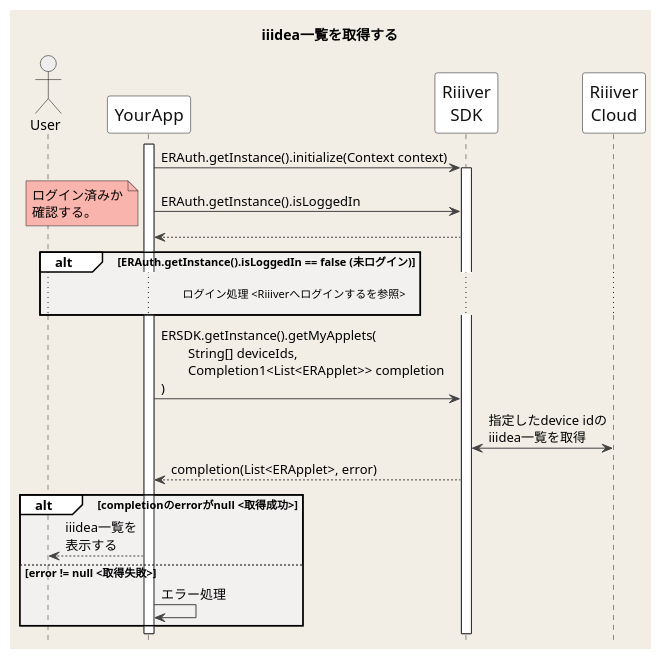
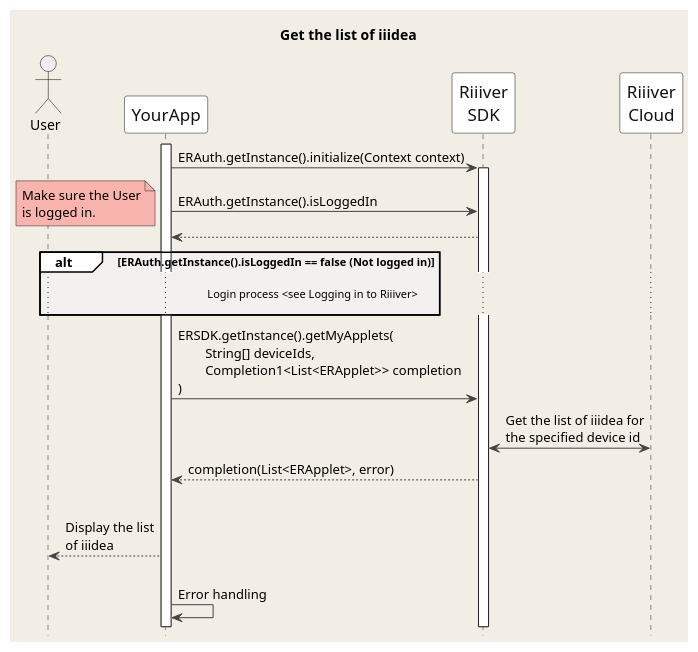
Before and after one commit to CitizenWatch/RiiiverResources: the diagram in images/Android/en/Sequences/getIiideaList.pu, drawn with PlantUML. The commit also changed 7 other files, not shown here.

Commit message:
Added English Sequence figures

```diff
--- a/images/Android/en/Sequences/getIiideaList.pu
+++ b/images/Android/en/Sequences/getIiideaList.pu
@@ -1,58 +1,57 @@
 @startuml
-title iiidea一覧を取得する
+title Get the list of iiidea
 hide footbox
 
 skinparam DefaultFontName "Noto Sans JP, Helvetica, Arial, Liberation Sans"
 skinparam BackgroundColor #F2EEE6
 skinparam Shadowing false
 skinparam NoteBackgroundColor #F9B5AD
 skinparam NodeBorderColor #F26767
 
 skinparam sequence {
 ArrowColor #444444
 ActorBorderColor Black
 LifeLineBorderColor #222222
 LifeLineBackgroundColor White
 BoxBorderColor #FFFFFF
 BoxBackgroundColor #F2fEf6
 GroupBackgroundColor #FFFFFF
 GroupBodyBackgroundColor #F3F0F0
 
 ParticipantBorderColor #111111
 ParticipantBackgroundColor White
 ParticipantFontSize 17
 ParticipantFontColor #111111
 BoundaryBorderColor Gray
 ActorBackgroundColor #eeeeee
 ActorFontColor Black
 
 }
 
 actor User
 participant YourApp as App
 participant "Riiiver\nSDK" as ERSDK
 participant "Riiiver\nCloud" as Riiiver
 
 activate App
 
 App -> ERSDK: ERAuth.getInstance().initialize(Context context)
 activate ERSDK
 
 App -> ERSDK: ERAuth.getInstance().isLoggedIn
-note left: ログイン済みか\n確認する。
+note left: Make sure the User\nis logged in.
 ERSDK --> App:
 
-alt ERAuth.getInstance().isLoggedIn == false (未ログイン)
-    ... ログイン処理 <Riiiverへログインするを参照>                           ...
+alt ERAuth.getInstance().isLoggedIn == false (Not logged in)
+    ... Login process <see Logging in to Riiiver>                           ...
 end
 
 App -> ERSDK: ERSDK.getInstance().getMyApplets(\n\tString[] deviceIds,\n\tCompletion1<List<ERApplet>> completion\n)
-ERSDK <-> Riiiver: 指定したdevice idの\niiidea一覧を取得
+ERSDK <-> Riiiver: Get the list of iiidea for\nthe specified device id
 App <-- ERSDK: completion(List<ERApplet>, error)
-alt completionのerrorがnull <取得成功>
-    User <-- App: iiidea一覧を\n表示する
-else error != null <取得失敗>
-    App -> App: エラー処理
-end
+alt The error of completion is null <successful acquisition>
+    User <-- App: Display the list\nof iiidea
+else error != null <Acquisition failure>
+    App -> App: Error handling
 
 @enduml
```
